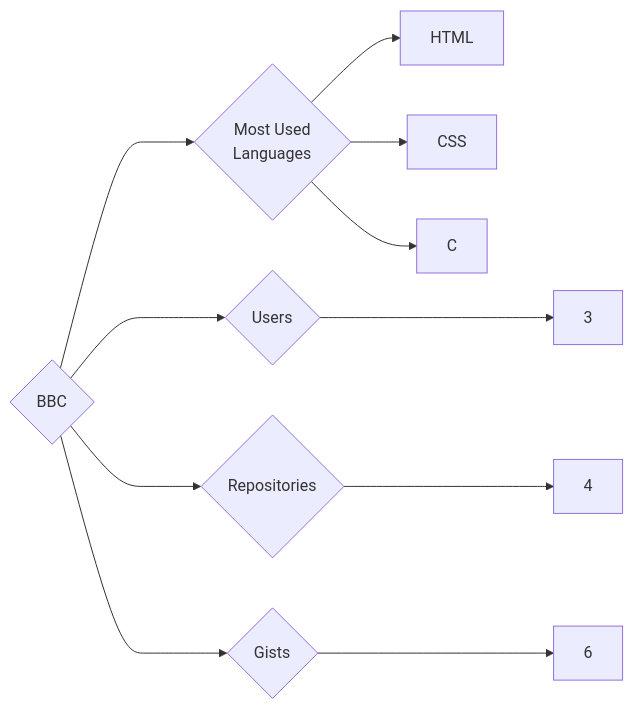
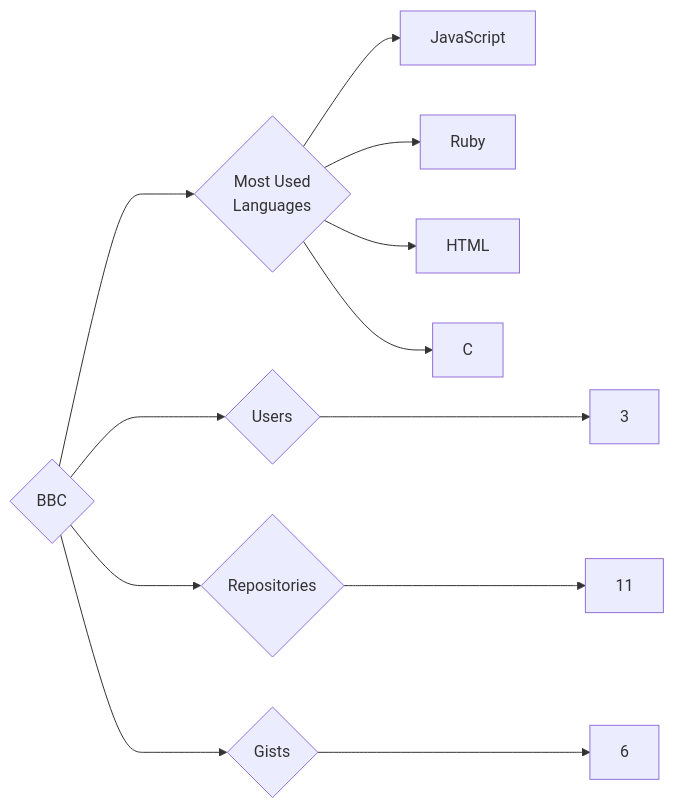
The diagram in targets/BBC/README.md (trickest/insiders), drawn with Mermaid before and after one commit. The commit also changed 1055 other files, not shown here.

````diff
--- a/targets/BBC/README.md
+++ b/targets/BBC/README.md
@@ -3,11 +3,12 @@
 ```mermaid
 graph LR
 COMPANY_NAME{BBC}
 COMPANY_NAME ---> U{Users} ---> UN[3]
-COMPANY_NAME ---> R{Repositories} ---> RN[4]
+COMPANY_NAME ---> R{Repositories} ---> RN[11]
 COMPANY_NAME ---> G{Gists} ---> GN[6]
 COMPANY_NAME ---> ML{Most Used<br>Languages}
+ML --> JavaScript[JavaScript]
+ML --> Ruby[Ruby]
 ML --> HTML[HTML]
-ML --> CSS[CSS]
 ML --> C[C]
 ```
````
